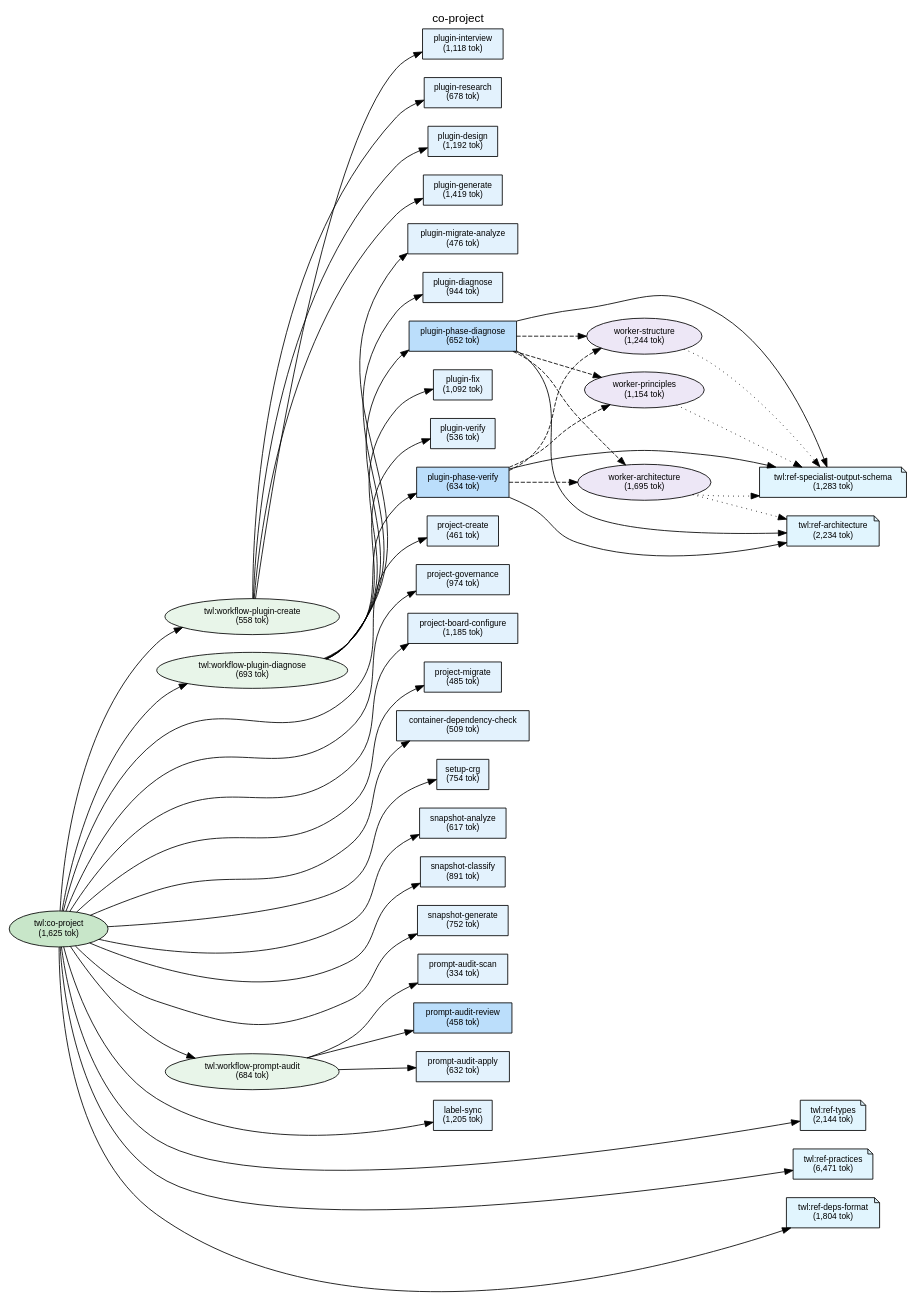
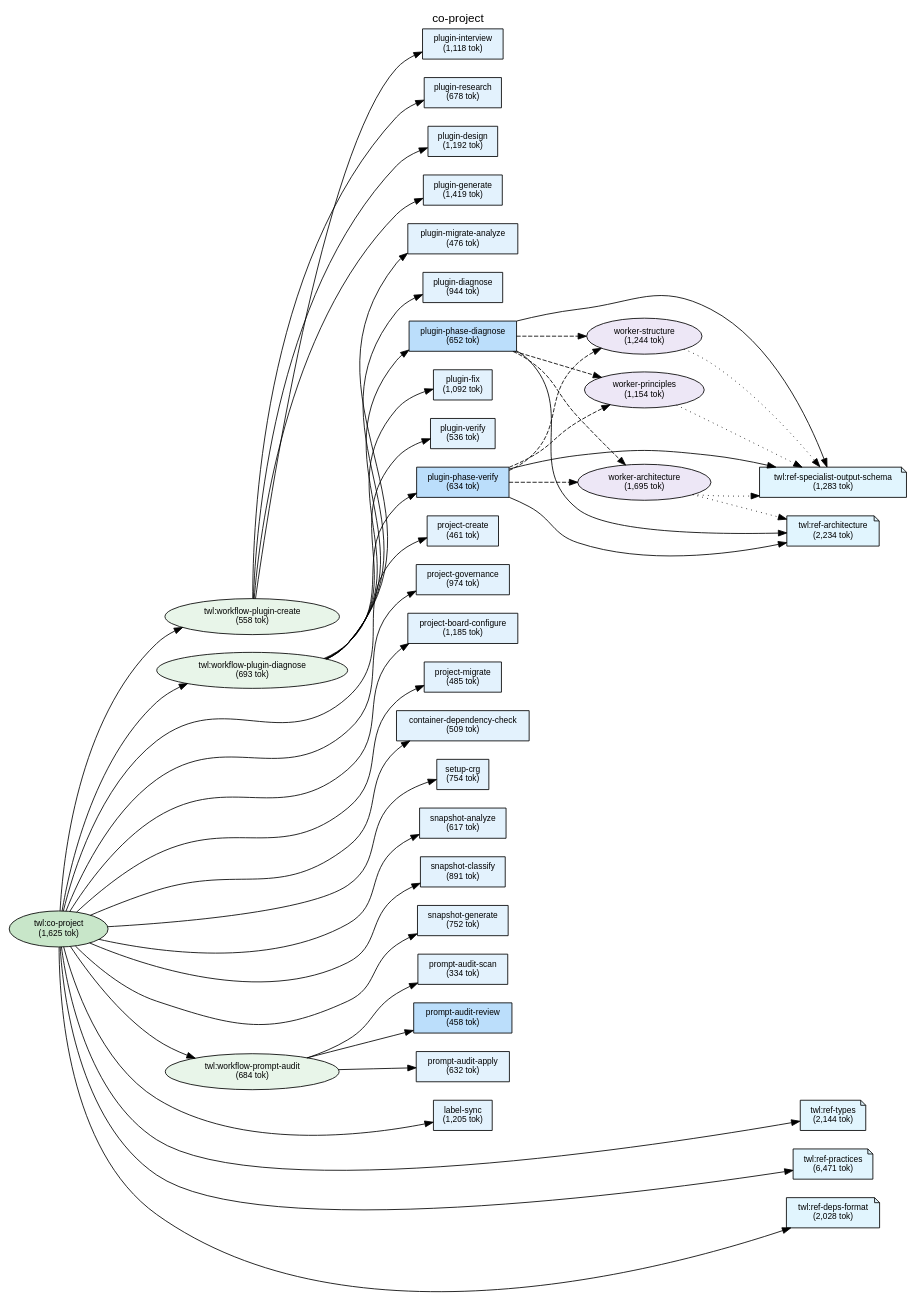
The diagram in plugins/twl/docs/deps-co-project.dot (shuu5/twill), drawn with Graphviz before and after one commit. The commit also changed 10 other files, not shown here.

First line of the commit message:
feat(co-observer): co-observer SKILL.md 新設 + deps.yaml 更新 + types.yaml 修正

```diff
--- a/plugins/twl/docs/deps-co-project.dot
+++ b/plugins/twl/docs/deps-co-project.dot
@@ -1,155 +1,155 @@
 digraph Dependencies {
     // Graph settings
     rankdir=LR;
     ranksep=0.8;
     nodesep=0.3;
     fontname="Helvetica";
     node [fontname="Helvetica", fontsize=10];
     edge [fontname="Helvetica", fontsize=9];
     label="co-project";
     labelloc=t;
     fontsize=14;
 
     // L0: Controller Skills
     skill_co_project [label="twl:co-project\n(1,625 tok)", shape=ellipse, style=filled, fillcolor="#c8e6c9"];
 
     // L0: Launchers
 
     // L0.5: Workflow Skills
     skill_workflow_plugin_create [label="twl:workflow-plugin-create\n(558 tok)", shape=ellipse, style=filled, fillcolor="#e8f5e9"];
     skill_workflow_plugin_diagnose [label="twl:workflow-plugin-diagnose\n(693 tok)", shape=ellipse, style=filled, fillcolor="#e8f5e9"];
     skill_workflow_prompt_audit [label="twl:workflow-prompt-audit\n(684 tok)", shape=ellipse, style=filled, fillcolor="#e8f5e9"];
 
     // Reference Skills
     skill_ref_specialist_output_schema [label="twl:ref-specialist-output-schema\n(1,283 tok)", shape=note, style=filled, fillcolor="#e1f5fe"];
     skill_ref_types [label="twl:ref-types\n(2,144 tok)", shape=note, style=filled, fillcolor="#e1f5fe"];
     skill_ref_practices [label="twl:ref-practices\n(6,471 tok)", shape=note, style=filled, fillcolor="#e1f5fe"];
-    skill_ref_deps_format [label="twl:ref-deps-format\n(1,804 tok)", shape=note, style=filled, fillcolor="#e1f5fe"];
+    skill_ref_deps_format [label="twl:ref-deps-format\n(2,028 tok)", shape=note, style=filled, fillcolor="#e1f5fe"];
     skill_ref_architecture [label="twl:ref-architecture\n(2,234 tok)", shape=note, style=filled, fillcolor="#e1f5fe"];
 
     // L1: Direct Commands
     cmd_label_sync [label="label-sync\n(1,205 tok)", shape=box, style=filled, fillcolor="#e3f2fd"];
     cmd_project_create [label="project-create\n(461 tok)", shape=box, style=filled, fillcolor="#e3f2fd"];
     cmd_project_board_configure [label="project-board-configure\n(1,185 tok)", shape=box, style=filled, fillcolor="#e3f2fd"];
     cmd_project_governance [label="project-governance\n(974 tok)", shape=box, style=filled, fillcolor="#e3f2fd"];
     cmd_project_migrate [label="project-migrate\n(485 tok)", shape=box, style=filled, fillcolor="#e3f2fd"];
     cmd_container_dependency_check [label="container-dependency-check\n(509 tok)", shape=box, style=filled, fillcolor="#e3f2fd"];
     cmd_setup_crg [label="setup-crg\n(754 tok)", shape=box, style=filled, fillcolor="#e3f2fd"];
     cmd_snapshot_analyze [label="snapshot-analyze\n(617 tok)", shape=box, style=filled, fillcolor="#e3f2fd"];
     cmd_snapshot_classify [label="snapshot-classify\n(891 tok)", shape=box, style=filled, fillcolor="#e3f2fd"];
     cmd_snapshot_generate [label="snapshot-generate\n(752 tok)", shape=box, style=filled, fillcolor="#e3f2fd"];
     cmd_plugin_interview [label="plugin-interview\n(1,118 tok)", shape=box, style=filled, fillcolor="#e3f2fd"];
     cmd_plugin_research [label="plugin-research\n(678 tok)", shape=box, style=filled, fillcolor="#e3f2fd"];
     cmd_plugin_design [label="plugin-design\n(1,192 tok)", shape=box, style=filled, fillcolor="#e3f2fd"];
     cmd_plugin_generate [label="plugin-generate\n(1,419 tok)", shape=box, style=filled, fillcolor="#e3f2fd"];
     cmd_plugin_migrate_analyze [label="plugin-migrate-analyze\n(476 tok)", shape=box, style=filled, fillcolor="#e3f2fd"];
     cmd_prompt_audit_scan [label="prompt-audit-scan\n(334 tok)", shape=box, style=filled, fillcolor="#e3f2fd"];
     cmd_prompt_audit_review [label="prompt-audit-review\n(458 tok)", shape=box, style=filled, fillcolor="#bbdefb"];
     cmd_prompt_audit_apply [label="prompt-audit-apply\n(632 tok)", shape=box, style=filled, fillcolor="#e3f2fd"];
     cmd_plugin_diagnose [label="plugin-diagnose\n(944 tok)", shape=box, style=filled, fillcolor="#e3f2fd"];
     cmd_plugin_fix [label="plugin-fix\n(1,092 tok)", shape=box, style=filled, fillcolor="#e3f2fd"];
     cmd_plugin_verify [label="plugin-verify\n(536 tok)", shape=box, style=filled, fillcolor="#e3f2fd"];
     cmd_plugin_phase_diagnose [label="plugin-phase-diagnose\n(652 tok)", shape=box, style=filled, fillcolor="#bbdefb"];
     cmd_plugin_phase_verify [label="plugin-phase-verify\n(634 tok)", shape=box, style=filled, fillcolor="#bbdefb"];
 
     // L2: Sub Commands
 
     // L3: Agents
     agent_worker_structure [label="worker-structure\n(1,244 tok)", shape=ellipse, style=filled, fillcolor="#ede7f6"];
     agent_worker_principles [label="worker-principles\n(1,154 tok)", shape=ellipse, style=filled, fillcolor="#ede7f6"];
     agent_worker_architecture [label="worker-architecture\n(1,695 tok)", shape=ellipse, style=filled, fillcolor="#ede7f6"];
 
     // L3.5: Scripts
 
     // L4: External
 
     // Layer constraints
     { rank=same; skill_co_project; }
     { rank=same; skill_workflow_plugin_create; skill_workflow_plugin_diagnose; skill_workflow_prompt_audit; }
     { rank=same; skill_ref_specialist_output_schema; skill_ref_types; skill_ref_practices; skill_ref_deps_format; skill_ref_architecture; }
     { rank=same; cmd_label_sync; cmd_project_create; cmd_project_board_configure; cmd_project_governance; cmd_project_migrate; cmd_container_dependency_check; cmd_setup_crg; cmd_snapshot_analyze; cmd_snapshot_classify; cmd_snapshot_generate; cmd_plugin_interview; cmd_plugin_research; cmd_plugin_design; cmd_plugin_generate; cmd_plugin_migrate_analyze; cmd_prompt_audit_scan; cmd_prompt_audit_review; cmd_prompt_audit_apply; cmd_plugin_diagnose; cmd_plugin_fix; cmd_plugin_verify; cmd_plugin_phase_diagnose; cmd_plugin_phase_verify; }
     { rank=same; agent_worker_structure; agent_worker_principles; agent_worker_architecture; }
 
     // Edges
     skill_co_project -> cmd_project_create;
     skill_co_project -> cmd_project_governance;
     skill_co_project -> cmd_project_board_configure;
     skill_co_project -> cmd_project_migrate;
     skill_co_project -> cmd_container_dependency_check;
     skill_co_project -> cmd_setup_crg;
     skill_co_project -> cmd_snapshot_analyze;
     skill_co_project -> cmd_snapshot_classify;
     skill_co_project -> cmd_snapshot_generate;
     skill_co_project -> skill_workflow_plugin_create;
     skill_co_project -> skill_workflow_plugin_diagnose;
     skill_co_project -> skill_workflow_prompt_audit;
     skill_co_project -> cmd_label_sync;
     skill_co_project -> skill_ref_types;
     skill_co_project -> skill_ref_practices;
     skill_co_project -> skill_ref_deps_format;
     skill_workflow_plugin_create -> cmd_plugin_interview;
     skill_workflow_plugin_create -> cmd_plugin_research;
     skill_workflow_plugin_create -> cmd_plugin_design;
     skill_workflow_plugin_create -> cmd_plugin_generate;
     skill_workflow_plugin_diagnose -> cmd_plugin_migrate_analyze;
     skill_workflow_plugin_diagnose -> cmd_plugin_diagnose;
     skill_workflow_plugin_diagnose -> cmd_plugin_phase_diagnose;
     skill_workflow_plugin_diagnose -> cmd_plugin_fix;
     skill_workflow_plugin_diagnose -> cmd_plugin_verify;
     skill_workflow_plugin_diagnose -> cmd_plugin_phase_verify;
     skill_workflow_prompt_audit -> cmd_prompt_audit_scan;
     skill_workflow_prompt_audit -> cmd_prompt_audit_review;
     skill_workflow_prompt_audit -> cmd_prompt_audit_apply;
     cmd_plugin_phase_diagnose -> agent_worker_structure [style=dashed];
     cmd_plugin_phase_diagnose -> agent_worker_principles [style=dashed];
     cmd_plugin_phase_diagnose -> agent_worker_architecture [style=dashed];
     cmd_plugin_phase_diagnose -> skill_ref_specialist_output_schema;
     cmd_plugin_phase_diagnose -> skill_ref_architecture;
     cmd_plugin_phase_verify -> agent_worker_structure [style=dashed];
     cmd_plugin_phase_verify -> agent_worker_principles [style=dashed];
     cmd_plugin_phase_verify -> agent_worker_architecture [style=dashed];
     cmd_plugin_phase_verify -> skill_ref_specialist_output_schema;
     cmd_plugin_phase_verify -> skill_ref_architecture;
     agent_worker_structure -> skill_ref_specialist_output_schema [style=dotted];
     agent_worker_principles -> skill_ref_specialist_output_schema [style=dotted];
     agent_worker_architecture -> skill_ref_specialist_output_schema [style=dotted];
     agent_worker_architecture -> skill_ref_architecture [style=dotted];
 
     // Ordering constraints (invisible edges)
     cmd_project_create -> cmd_project_governance [style=invis, weight=10];
     cmd_project_governance -> cmd_project_board_configure [style=invis, weight=10];
     cmd_project_board_configure -> cmd_project_migrate [style=invis, weight=10];
     cmd_project_migrate -> cmd_container_dependency_check [style=invis, weight=10];
     cmd_container_dependency_check -> cmd_setup_crg [style=invis, weight=10];
     cmd_setup_crg -> cmd_snapshot_analyze [style=invis, weight=10];
     cmd_snapshot_analyze -> cmd_snapshot_classify [style=invis, weight=10];
     cmd_snapshot_classify -> cmd_snapshot_generate [style=invis, weight=10];
     cmd_snapshot_generate -> skill_workflow_plugin_create [style=invis, weight=10];
     skill_workflow_plugin_create -> skill_workflow_plugin_diagnose [style=invis, weight=10];
     skill_workflow_plugin_diagnose -> skill_workflow_prompt_audit [style=invis, weight=10];
     skill_workflow_prompt_audit -> cmd_label_sync [style=invis, weight=10];
     cmd_label_sync -> skill_ref_types [style=invis, weight=10];
     skill_ref_types -> skill_ref_practices [style=invis, weight=10];
     skill_ref_practices -> skill_ref_deps_format [style=invis, weight=10];
     cmd_plugin_interview -> cmd_plugin_research [style=invis, weight=10];
     cmd_plugin_research -> cmd_plugin_design [style=invis, weight=10];
     cmd_plugin_design -> cmd_plugin_generate [style=invis, weight=10];
     cmd_plugin_migrate_analyze -> cmd_plugin_diagnose [style=invis, weight=10];
     cmd_plugin_diagnose -> cmd_plugin_phase_diagnose [style=invis, weight=10];
     cmd_plugin_phase_diagnose -> cmd_plugin_fix [style=invis, weight=10];
     cmd_plugin_fix -> cmd_plugin_verify [style=invis, weight=10];
     cmd_plugin_verify -> cmd_plugin_phase_verify [style=invis, weight=10];
     cmd_prompt_audit_scan -> cmd_prompt_audit_review [style=invis, weight=10];
     cmd_prompt_audit_review -> cmd_prompt_audit_apply [style=invis, weight=10];
     agent_worker_structure -> agent_worker_principles [style=invis, weight=10];
     agent_worker_principles -> agent_worker_architecture [style=invis, weight=10];
     agent_worker_architecture -> skill_ref_specialist_output_schema [style=invis, weight=10];
     skill_ref_specialist_output_schema -> skill_ref_architecture [style=invis, weight=10];
     agent_worker_structure -> agent_worker_principles [style=invis, weight=10];
     agent_worker_principles -> agent_worker_architecture [style=invis, weight=10];
     agent_worker_architecture -> skill_ref_specialist_output_schema [style=invis, weight=10];
     skill_ref_specialist_output_schema -> skill_ref_architecture [style=invis, weight=10];
     agent_worker_structure -> agent_worker_principles [style=invis, weight=10];
     agent_worker_structure -> agent_worker_principles [style=invis, weight=10];
 
 }
```
